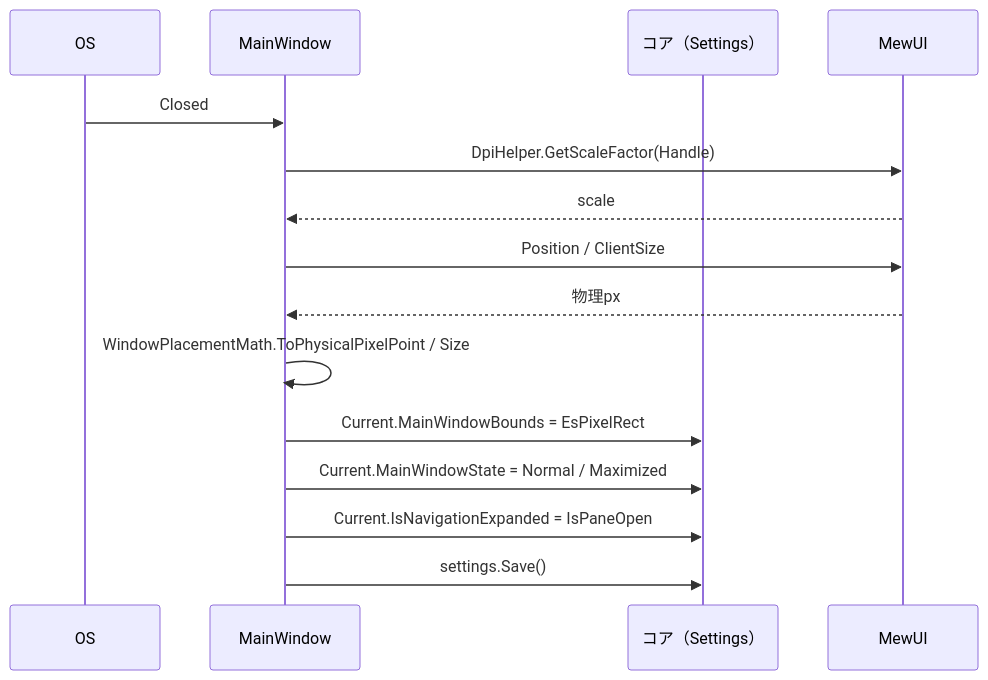
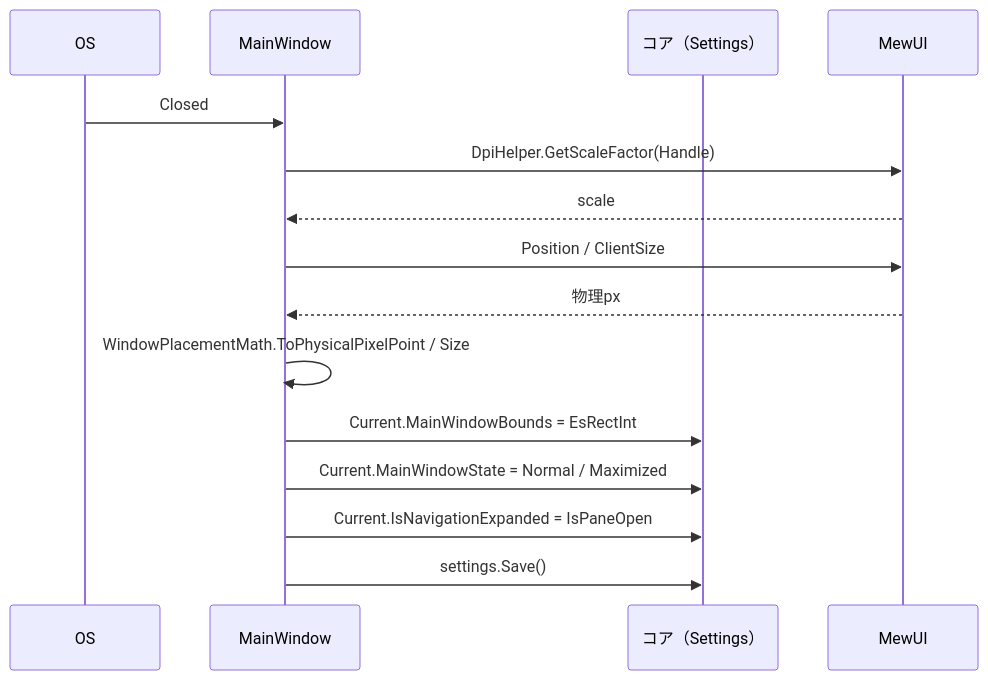
One commit to tomokuni/SaveEvidence changed the tenth of 12 diagrams in src/app.MewUI/SPEC_System.md. Above: the diagram before and after it, drawn with Mermaid. The commit also changed other lines of this file and 121 other files, not shown here.

````diff
--- a/src/app.MewUI/SPEC_System.md
+++ b/src/app.MewUI/SPEC_System.md
@@ -511,18 +511,18 @@
 ```mermaid
 sequenceDiagram
     participant OS
     participant W as MainWindow
     participant C as コア（Settings）
     participant MW as MewUI
 
     OS->>W: Closed
     W->>MW: DpiHelper.GetScaleFactor(Handle)
     MW-->>W: scale
     W->>MW: Position / ClientSize
     MW-->>W: 物理px
     W->>W: WindowPlacementMath.ToPhysicalPixelPoint / Size
-    W->>C: Current.MainWindowBounds = EsPixelRect
+    W->>C: Current.MainWindowBounds = EsRectInt
     W->>C: Current.MainWindowState = Normal / Maximized
     W->>C: Current.IsNavigationExpanded = IsPaneOpen
     W->>C: settings.Save()
 ```
````
